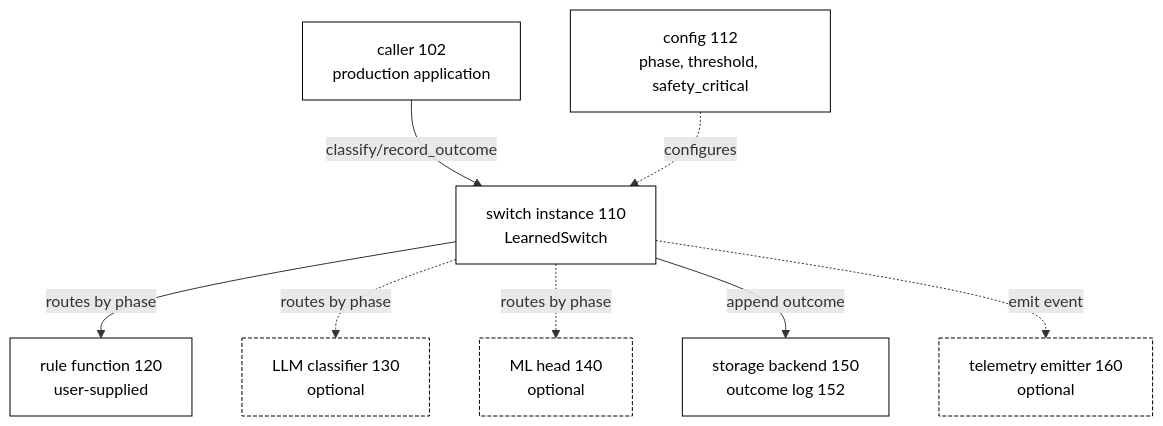
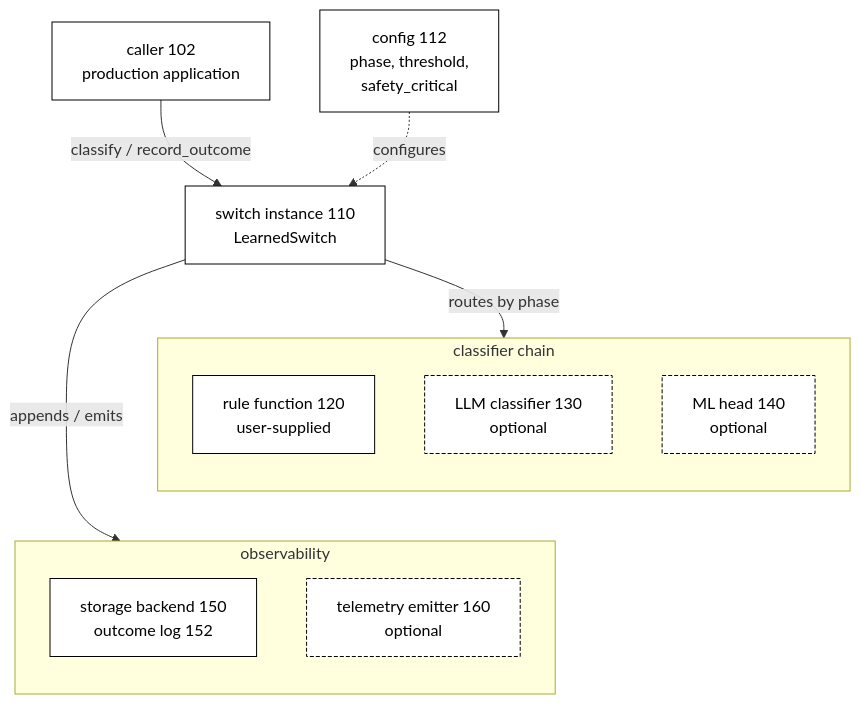
Before and after one commit to b-tree-labs/dendra: the diagram in docs/working/patent/drawings/fig-01.mmd, drawn with Mermaid. The commit also changed 10 other files, not shown here.

```diff
--- a/docs/working/patent/drawings/fig-01.mmd
+++ b/docs/working/patent/drawings/fig-01.mmd
@@ -1,20 +1,29 @@
 flowchart TD
     classDef box fill:#ffffff,stroke:#000000,color:#000000
     classDef dashed fill:#ffffff,stroke:#000000,stroke-dasharray:4 2,color:#000000
 
     C[caller 102<br/>production application]:::box
+    CFG[config 112<br/>phase, threshold,<br/>safety_critical]:::box
     S[switch instance 110<br/>LearnedSwitch]:::box
-    CFG[config 112<br/>phase, threshold, safety_critical]:::box
-    R[rule function 120<br/>user-supplied]:::box
-    L[LLM classifier 130<br/>optional]:::dashed
-    M[ML head 140<br/>optional]:::dashed
-    ST[storage backend 150<br/>outcome log 152]:::box
-    T[telemetry emitter 160<br/>optional]:::dashed
 
-    C -->|classify/record_outcome| S
+    C -->|classify / record_outcome| S
     CFG -.configures.-> S
-    S -->|routes by phase| R
-    S -.->|routes by phase| L
-    S -.->|routes by phase| M
-    S -->|append outcome| ST
-    S -.->|emit event| T
+
+    subgraph chain [classifier chain]
+      direction TB
+      R[rule function 120<br/>user-supplied]:::box
+      L[LLM classifier 130<br/>optional]:::dashed
+      M[ML head 140<br/>optional]:::dashed
+    end
+
+    subgraph obs [observability]
+      direction TB
+      ST[storage backend 150<br/>outcome log 152]:::box
+      T[telemetry emitter 160<br/>optional]:::dashed
+    end
+
+    S -->|routes by phase| chain
+    S -->|appends / emits| obs
+
+    %% Force the two subgraphs to stack vertically rather than sit side-by-side.
+    chain ~~~ obs
```
